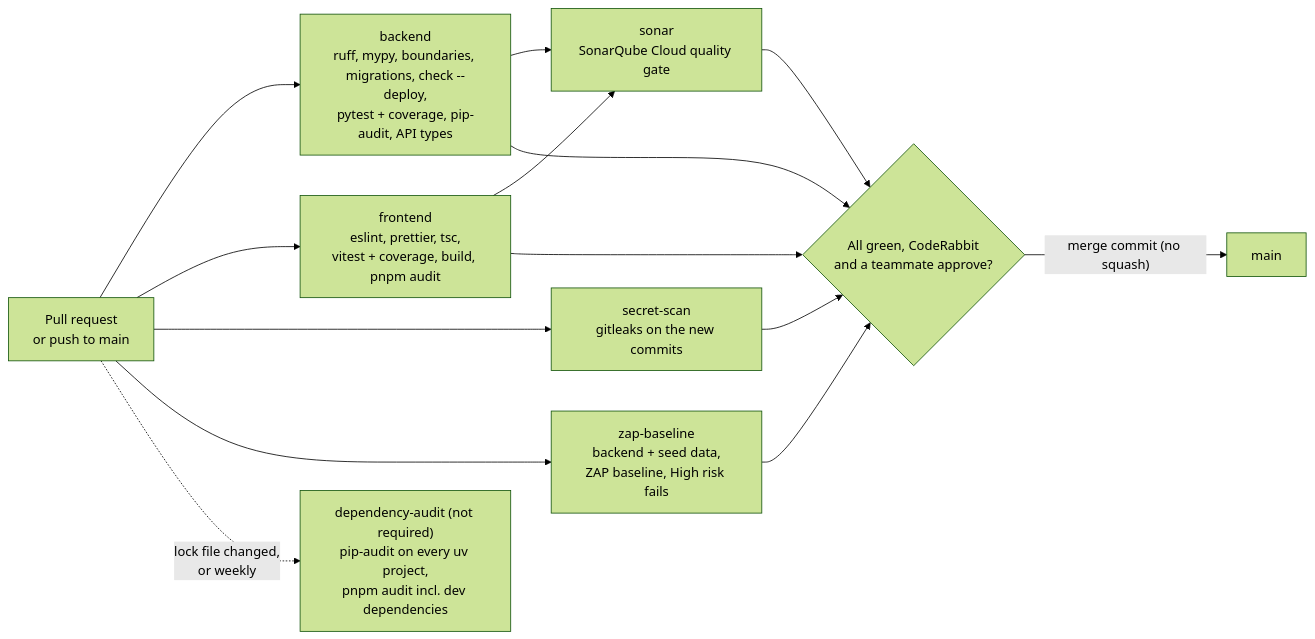
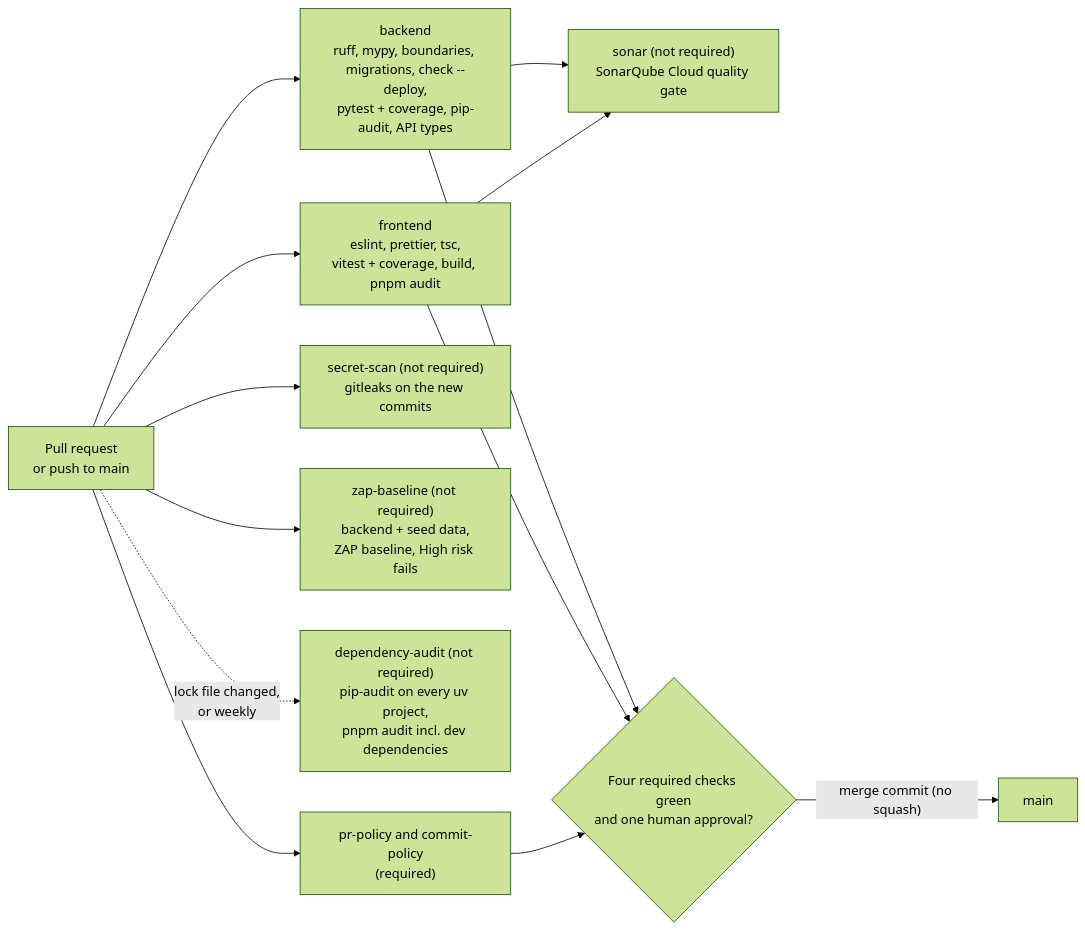
One commit to B-A-D-R-SL/iris changed the diagram in README.md. Above: the diagram before and after it, drawn with Mermaid (forest theme). The commit also changed other lines of this file, not shown here.

````diff
--- a/README.md
+++ b/README.md
@@ -246,16 +255,15 @@
 ```mermaid
 flowchart LR
     pr["Pull request<br/>or push to main"] --> be["backend<br/>ruff, mypy, boundaries, migrations, check --deploy,<br/>pytest + coverage, pip-audit, API types"]
     pr --> fe["frontend<br/>eslint, prettier, tsc,<br/>vitest + coverage, build, pnpm audit"]
-    pr --> gl["secret-scan<br/>gitleaks on the new commits"]
-    pr --> zap["zap-baseline<br/>backend + seed data,<br/>ZAP baseline, High risk fails"]
+    pr --> gl["secret-scan (not required)<br/>gitleaks on the new commits"]
+    pr --> zap["zap-baseline (not required)<br/>backend + seed data,<br/>ZAP baseline, High risk fails"]
     pr -. "lock file changed,<br/>or weekly" .-> audit["dependency-audit (not required)<br/>pip-audit on every uv project,<br/>pnpm audit incl. dev dependencies"]
-    be --> sonar["sonar<br/>SonarQube Cloud quality gate"]
+    be --> sonar["sonar (not required)<br/>SonarQube Cloud quality gate"]
     fe --> sonar
-    be --> merge{"All green, CodeRabbit<br/>and a teammate approve?"}
+    pr --> pol["pr-policy and commit-policy<br/>(required)"]
+    be --> merge{"Four required checks green<br/>and one human approval?"}
     fe --> merge
-    gl --> merge
-    zap --> merge
-    sonar --> merge
+    pol --> merge
     merge -- "merge commit (no squash)" --> main["main"]
 ```
````
